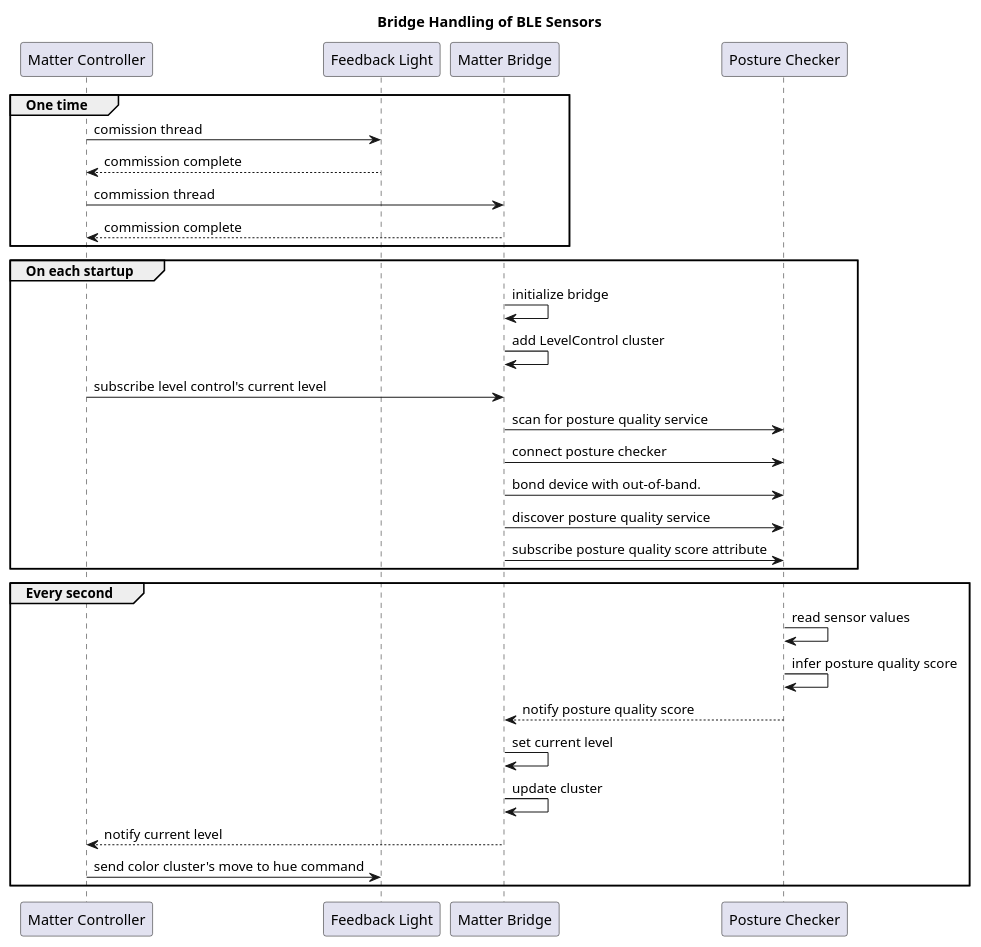
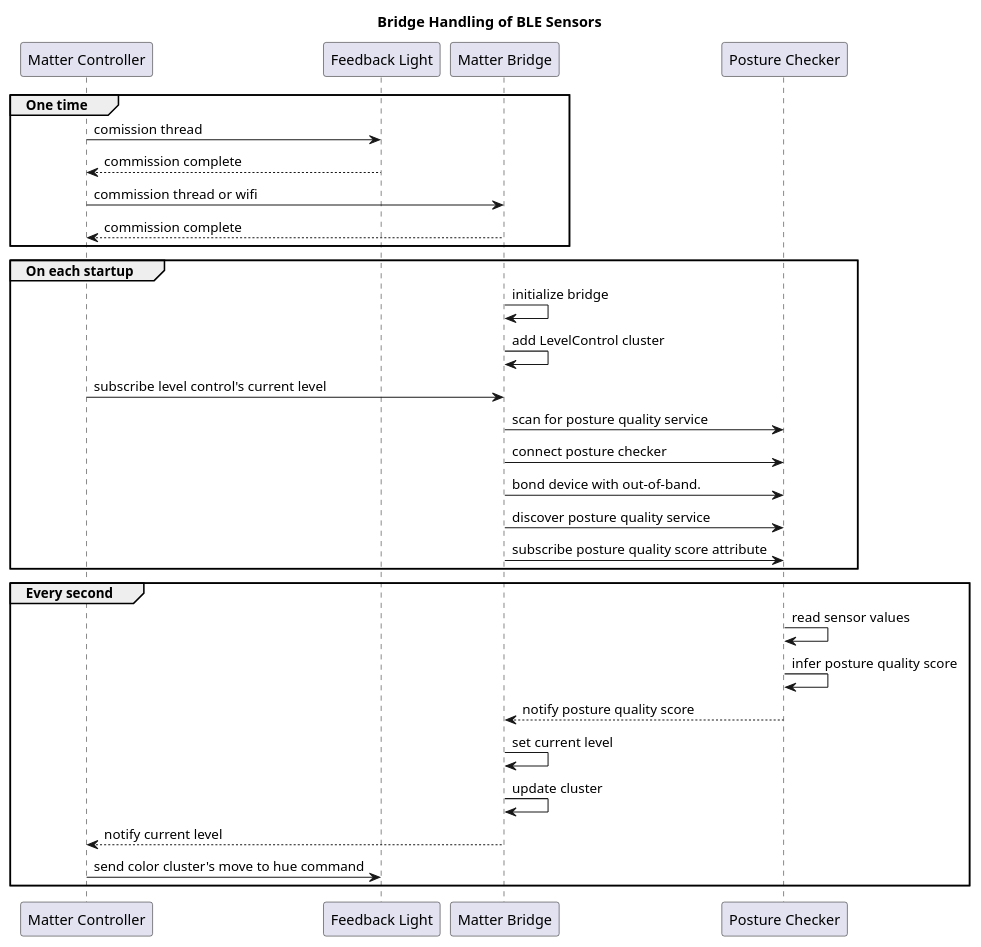
Before and after one commit to jens-ajisai/gently-communicating-home-using-Matter: the diagram in bridge/doc/sequenceOverall.plantuml, drawn with PlantUML. The commit also changed 123 other files, not shown here.

```diff
--- a/bridge/doc/sequenceOverall.plantuml
+++ b/bridge/doc/sequenceOverall.plantuml
@@ -1,42 +1,42 @@
 @startuml
 
 title Bridge Handling of BLE Sensors
 
 participant "Matter Controller" as chip
 participant "Feedback Light" as light
 participant "Matter Bridge" as bridge
 participant "Posture Checker" as posture
 
 group One time
     chip -> light : comission thread
     light --> chip: commission complete
 
-    chip -> bridge : commission thread
+    chip -> bridge : commission thread or wifi
     bridge --> chip: commission complete
 end
 
 group On each startup
     bridge -> bridge : initialize bridge
     bridge -> bridge : add LevelControl cluster
 
     chip -> bridge : subscribe level control's current level
 
     bridge -> posture : scan for posture quality service
     bridge -> posture : connect posture checker
     bridge -> posture : bond device with out-of-band.
     bridge -> posture : discover posture quality service
     bridge -> posture : subscribe posture quality score attribute
 end
 
 group Every second
     posture -> posture : read sensor values
     posture -> posture : infer posture quality score
     posture --> bridge : notify posture quality score
     bridge -> bridge : set current level
     bridge -> bridge : update cluster
 
     bridge --> chip : notify current level
     chip -> light : send color cluster's move to hue command
 end
 
 @enduml
```
